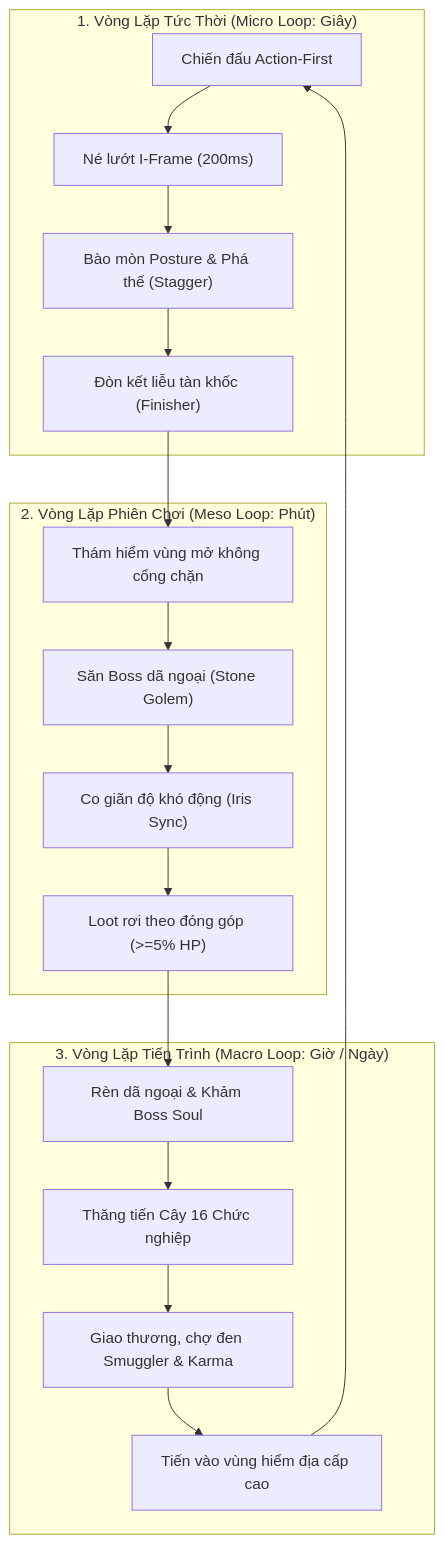
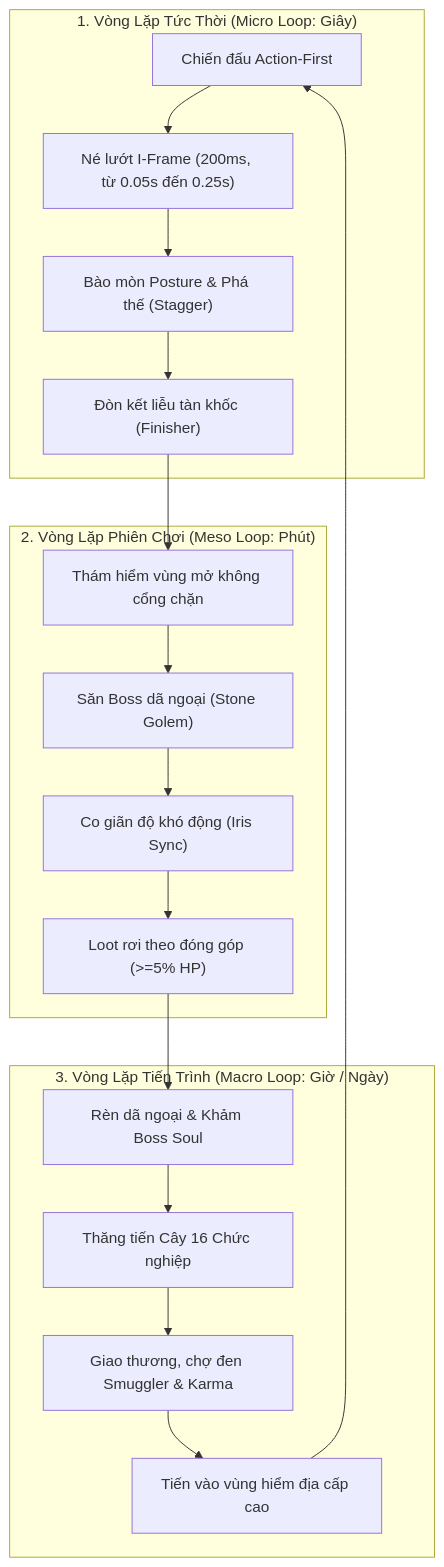
The diagram in design/gdd/core-game-loop.md (kenzings-ng/ProjectAscendant), drawn with Mermaid before and after one commit. The commit also changed other lines of this file and 22 other files, not shown here.

````diff
--- a/design/gdd/core-game-loop.md
+++ b/design/gdd/core-game-loop.md
@@ -22,24 +22,24 @@
 ```mermaid
 flowchart TD
     subgraph Micro["1. Vòng Lặp Tức Thời (Micro Loop: Giây)"]
-        Combat["Chiến đấu Action-First"] --> Dodge["Né lướt I-Frame (200ms)"]
+        Combat["Chiến đấu Action-First"] --> Dodge["Né lướt I-Frame (200ms, từ 0.05s đến 0.25s)"]
         Dodge --> Posture["Bào mòn Posture & Phá thế (Stagger)"]
         Posture --> Finisher["Đòn kết liễu tàn khốc (Finisher)"]
     end
 
     subgraph Meso["2. Vòng Lặp Phiên Chơi (Meso Loop: Phút)"]
         Explore["Thám hiểm vùng mở không cổng chặn"] --> BossFight["Săn Boss dã ngoại (Stone Golem)"]
         BossFight --> DynamicScale["Co giãn độ khó động (Iris Sync)"]
         DynamicScale --> LootDrop["Loot rơi theo đóng góp (>=5% HP)"]
     end
 
     subgraph Macro["3. Vòng Lặp Tiến Trình (Macro Loop: Giờ / Ngày)"]
         Forge["Rèn dã ngoại & Khảm Boss Soul"] --> ClassEvolve["Thăng tiến Cây 16 Chức nghiệp"]
         ClassEvolve --> OutpostEconomy["Giao thương, chợ đen Smuggler & Karma"]
         OutpostEconomy --> HighRiskZone["Tiến vào vùng hiểm địa cấp cao"]
     end
 
     Finisher --> Explore
     LootDrop --> Forge
     HighRiskZone --> Combat
 ```
````
